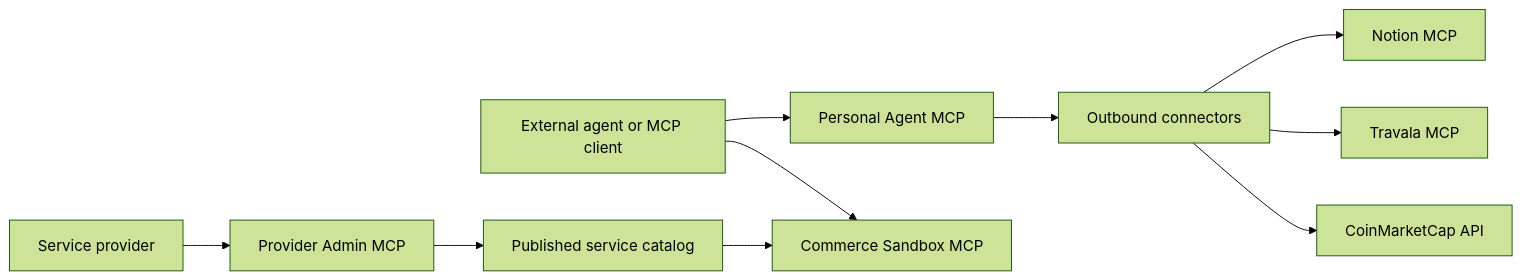
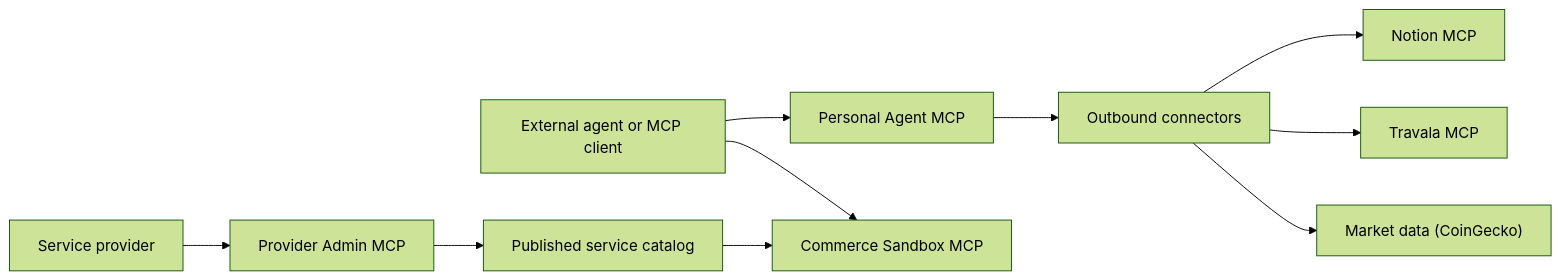
The first of 3 diagrams in docs/mcp-gateway.md (CaBsCrypto/agente-asistente), drawn with Mermaid (forest theme) before and after one commit. The commit also changed other lines of this file and 12 other files, not shown here.

First line of the commit message:
Docs accuracy sweep (phase 1): live proofs + CoinGecko (#16)

```diff
--- a/docs/mcp-gateway.md
+++ b/docs/mcp-gateway.md
@@ -5,12 +5,12 @@
 ~~~mermaid
 flowchart LR
     EXT["External agent or MCP client"] --> PERSONAL["Personal Agent MCP"]
     EXT --> SANDBOX["Commerce Sandbox MCP"]
     PROVIDER["Service provider"] --> ADMIN["Provider Admin MCP"]
     ADMIN --> CATALOG["Published service catalog"]
     CATALOG --> SANDBOX
     PERSONAL --> OUTBOUND["Outbound connectors"]
     OUTBOUND --> NOTION["Notion MCP"]
     OUTBOUND --> TRAVALA["Travala MCP"]
-    OUTBOUND --> CMC["CoinMarketCap API"]
+    OUTBOUND --> CMC["Market data (CoinGecko)"]
 ~~~
```
